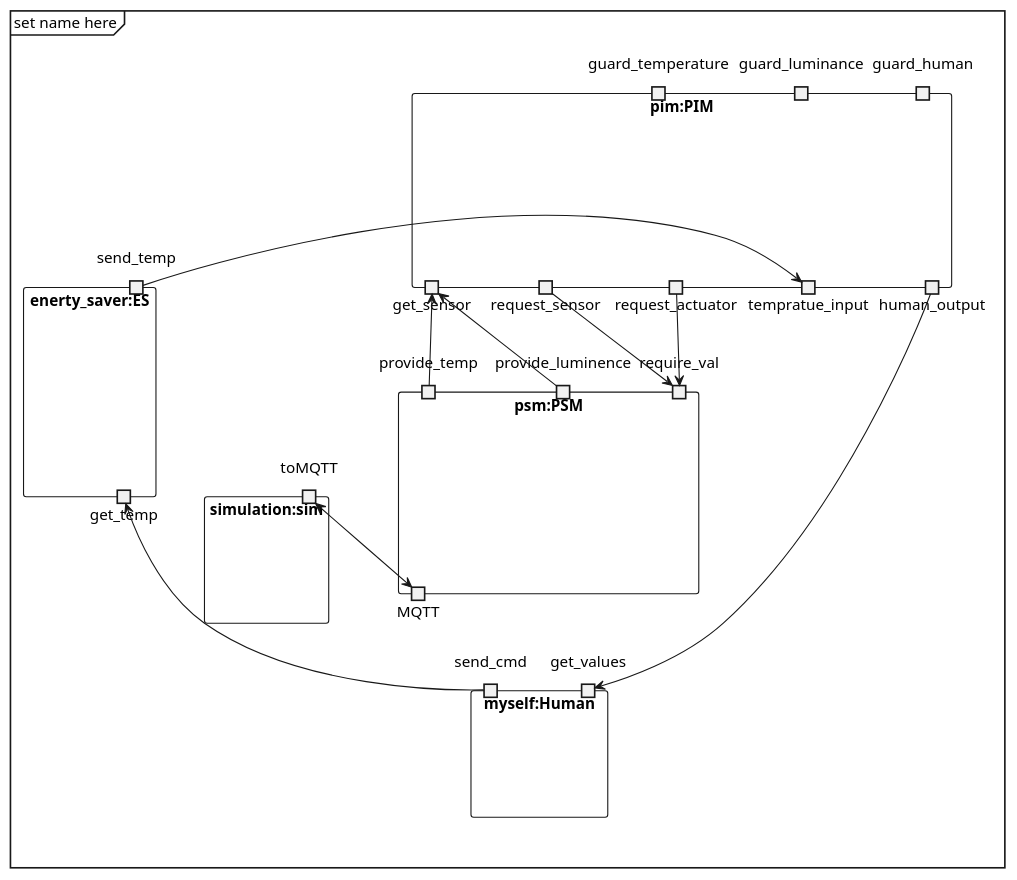
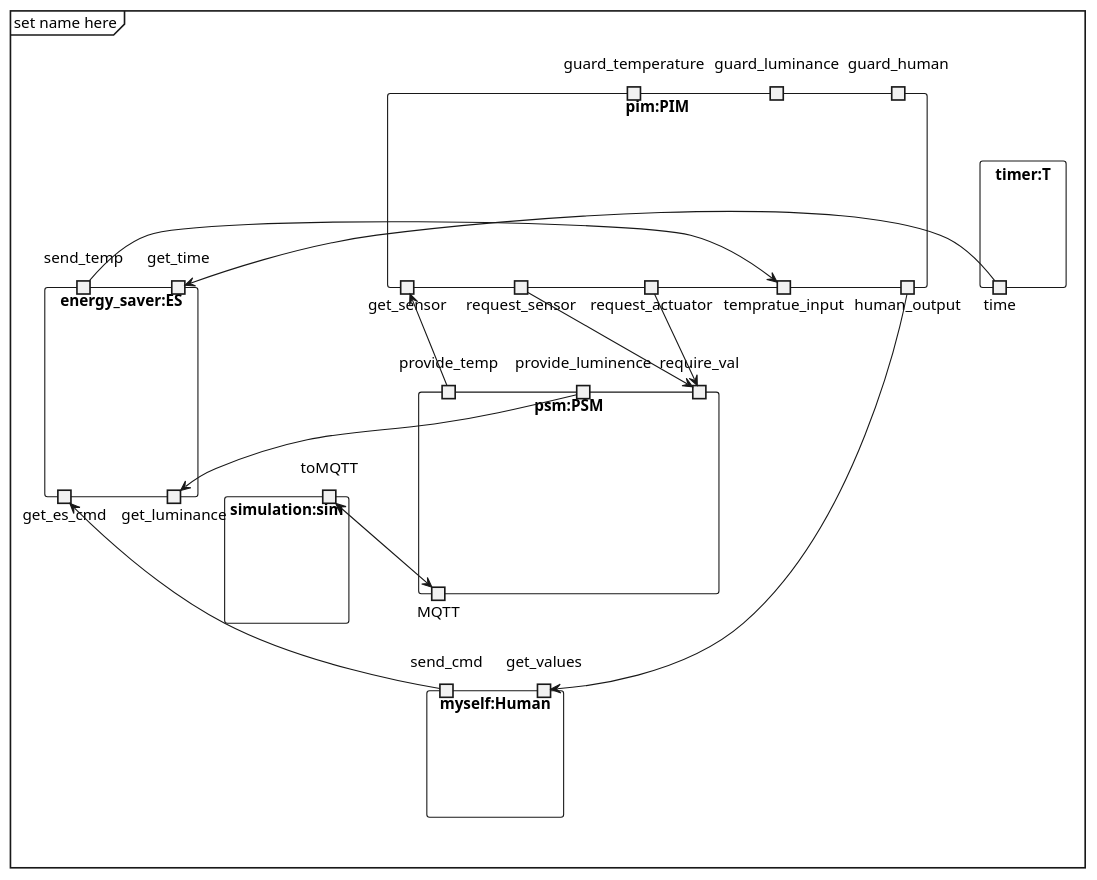
One commit to Tobhal/HIOF-Models-and-Digital-Twins changed the diagram in Oblig1/architecture.plantuml. Above: the diagram before and after it, drawn with PlantUML. The commit also changed 6 other files, not shown here.

First line of the commit message:
Added energy saver

```diff
--- a/Oblig1/architecture.plantuml
+++ b/Oblig1/architecture.plantuml
@@ -1,58 +1,66 @@
 @startuml X3D2_MQTT_SIM
 mainframe set name here
 
 'HUMAN
 rectangle myself:Human {
     port send_cmd
     
     portin get_values
+}
+
+rectangle timer:T {
+    portout time
 }
 
 'PIM
 rectangle pim:PIM {
     portout get_sensor
     portout request_sensor
     portout request_actuator
     portout tempratue_input
     portout human_output
 
     'guards
     port guard_temperature
     port guard_luminance
     port guard_human
 }
 
 'PSM
 rectangle psm:PSM {
     portin provide_temp
     portin provide_luminence
     portin require_val
     portin require_val
 
     portout MQTT
 }
 
 'SIM
 rectangle simulation:sim {
     port toMQTT
 }
 
 'energy saver
-rectangle enerty_saver:ES {
+rectangle energy_saver:ES {
     portin send_temp
+    portin get_time
 
-    portout get_temp
+    portout get_es_cmd
+    portout get_luminance
 }
  
 provide_temp --> get_sensor
-provide_luminence --> get_sensor
+provide_luminence --> get_luminance
 
-send_cmd --> get_temp
+send_cmd --> get_es_cmd
 send_temp -> tempratue_input
  
 request_sensor --> require_val
 request_actuator --> require_val
 human_output -----> get_values
  
+time -> get_time
+
 toMQTT <--> MQTT
 @enduml
```
